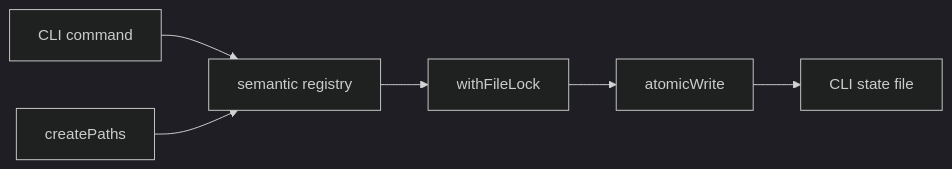
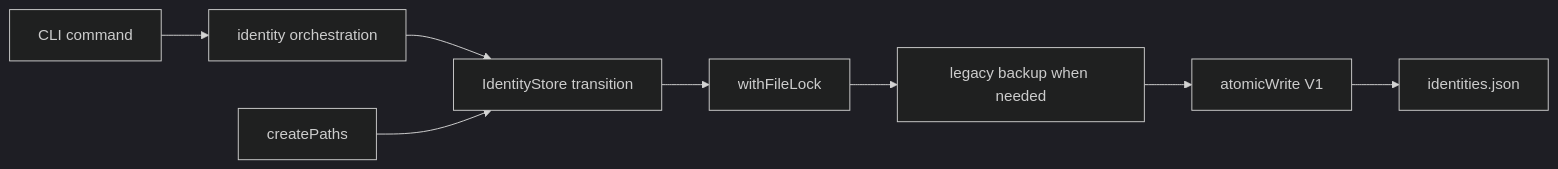
Before and after one commit to astrale-os/cli: the diagram in src/state/.spec/architecture.md, drawn with Mermaid (dark theme). The commit also changed other lines of this file and 27 other files, not shown here.

Commit message:
feat: version CLI identity state

````diff
--- a/src/state/.spec/architecture.md
+++ b/src/state/.spec/architecture.md
@@ -11,8 +17,10 @@
 ```mermaid
 flowchart LR
-  C[CLI command] --> R[semantic registry]
+  C[CLI command] --> I[identity orchestration]
+  I --> R[IdentityStore transition]
   R --> L[withFileLock]
-  L --> A[atomicWrite]
-  A --> F[CLI state file]
+  L --> B[legacy backup when needed]
+  B --> A[atomicWrite V1]
+  A --> F[identities.json]
   P[createPaths] --> R
 ```
````
